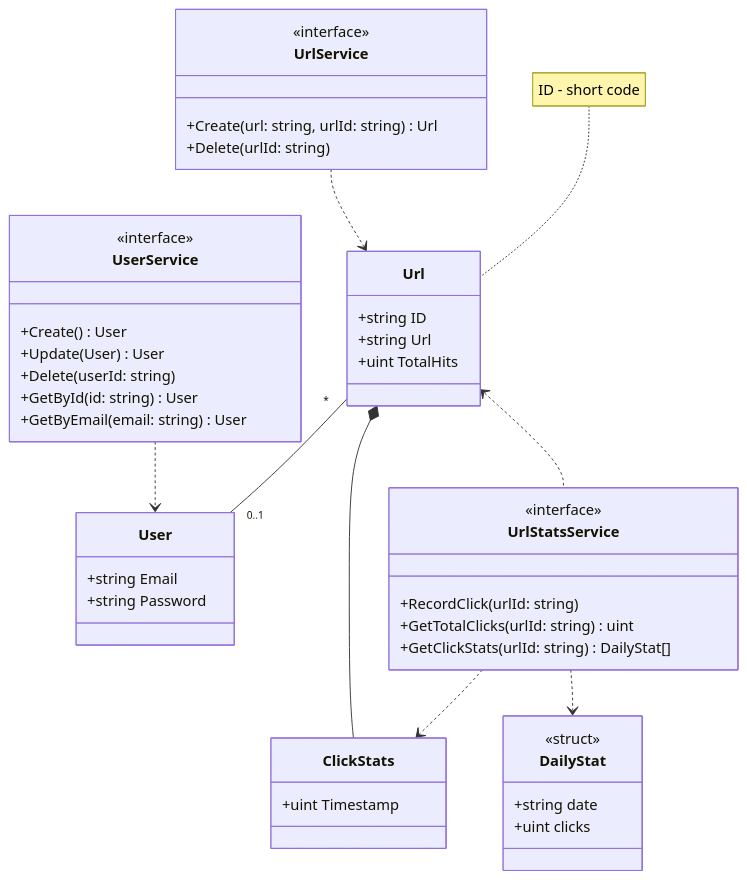
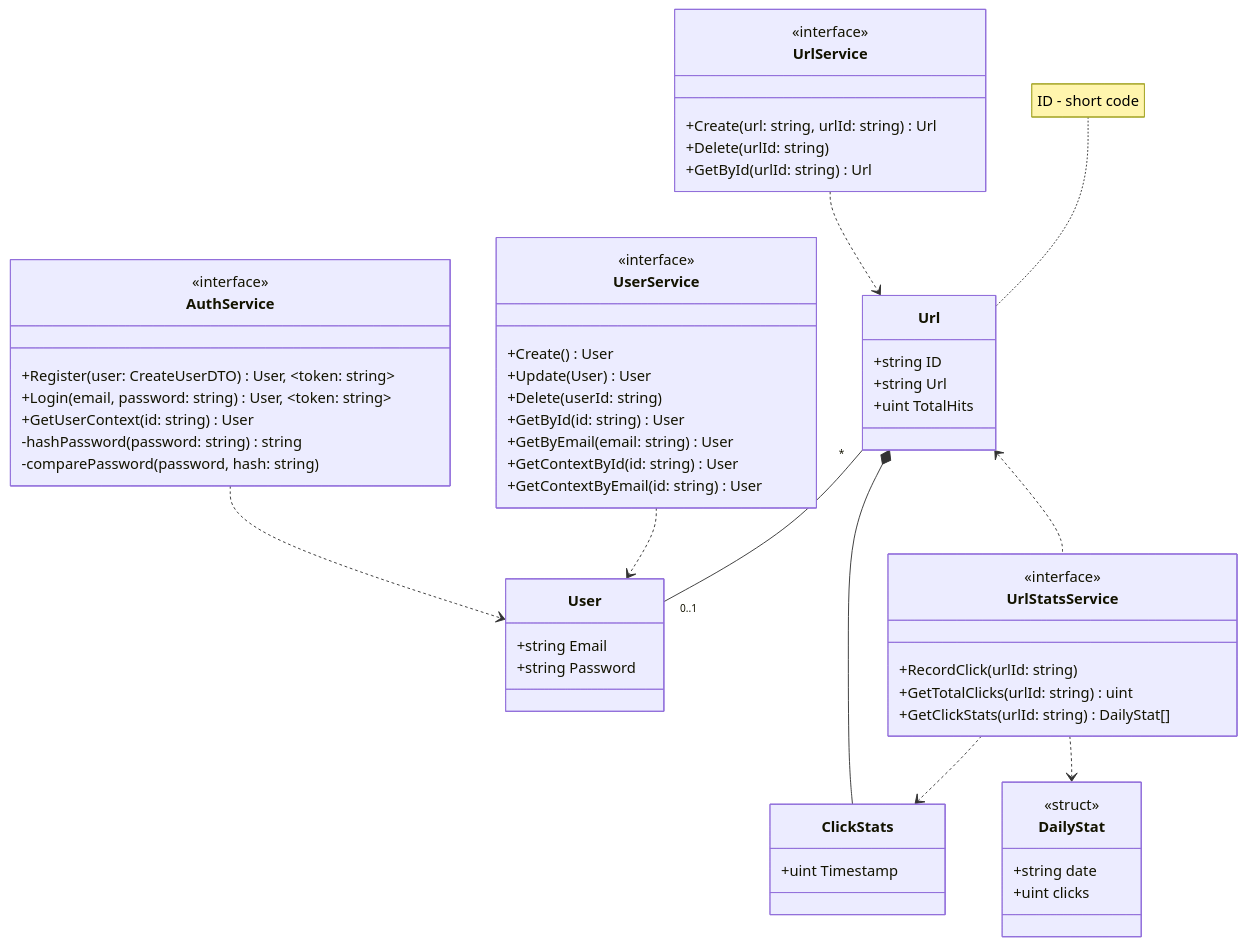
The diagram in docs/class-diagram.mmd (EugeneSchoolnik/url-shortener), drawn with Mermaid before and after one commit.

Commit message:
docs: class diagram updated

```diff
--- a/docs/class-diagram.mmd
+++ b/docs/class-diagram.mmd
@@ -1,45 +1,57 @@
 classDiagram
   class User {
     +string Email
     +string Password
   }
   class Url {
     +string ID
     +string Url
     +uint TotalHits
   }
   note for Url "ID - short code"
   Url "*" -- "0..1" User
   ClickStats --* Url
   ClickStats: +uint Timestamp
 
   class UserService {
     <<interface>>
     +Create() User
     +Update(User) User
     +Delete(userId: string)
     +GetById(id: string) User
     +GetByEmail(email: string) User
+    +GetContextById(id: string) User
+    +GetContextByEmail(id: string) User
   }
   UserService ..> User
+  class AuthService {
+    <<interface>>
+    +Register(user: CreateUserDTO) User, ~token: string~
+    +Login(email, password: string) User, ~token: string~
+    +GetUserContext(id: string) User
+    -hashPassword(password: string) string
+    -comparePassword(password, hash: string)
+  }
+  AuthService ..> User
   class UrlService {
     <<interface>>
     +Create(url: string, urlId: string) Url
     +Delete(urlId: string)
+    +GetById(urlId: string) Url
   }
   UrlService ..> Url
   class UrlStatsService {
     <<interface>>
     +RecordClick(urlId: string)
     +GetTotalClicks(urlId: string) uint
     +GetClickStats(urlId: string) DailyStat[]
   }
   Url <.. UrlStatsService
   UrlStatsService ..> ClickStats
   UrlStatsService ..> DailyStat
 
   class DailyStat {
     <<struct>>
     +string date
     +uint clicks
   }
```
